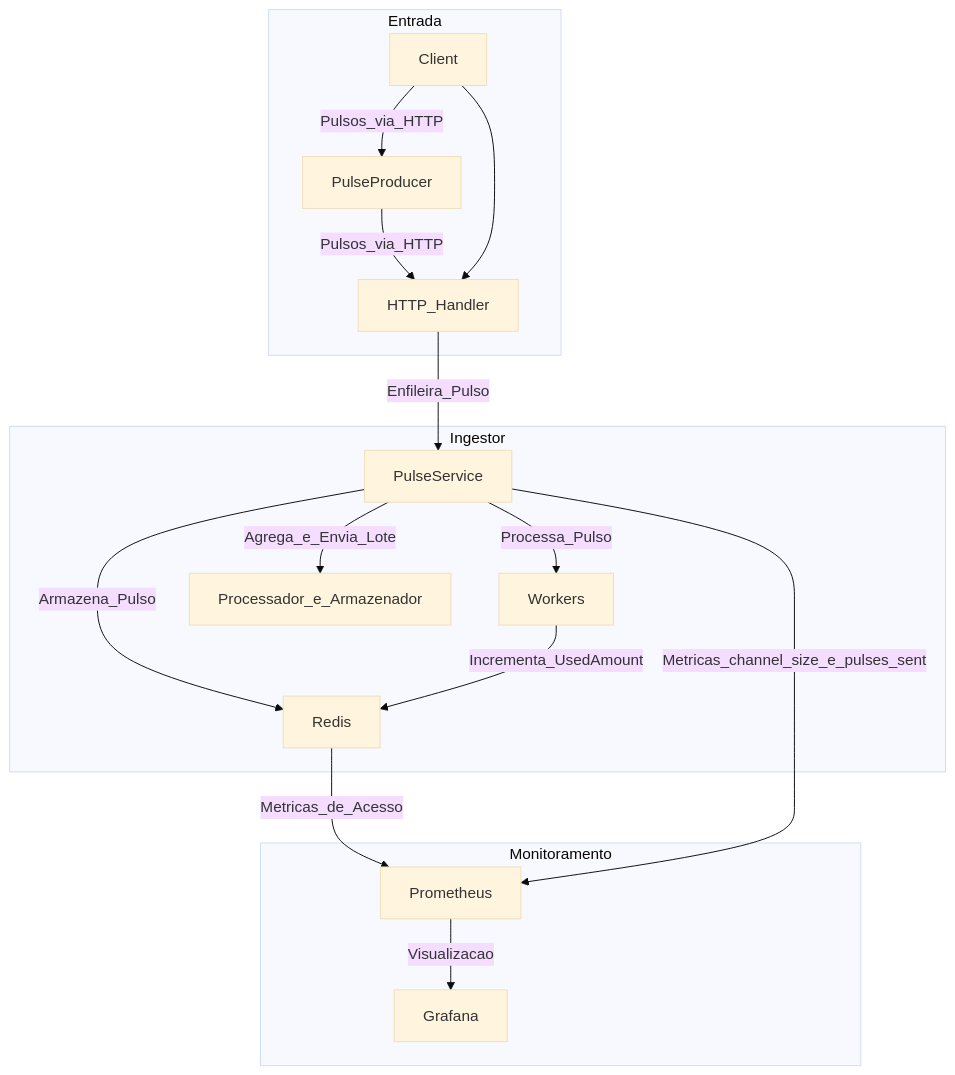
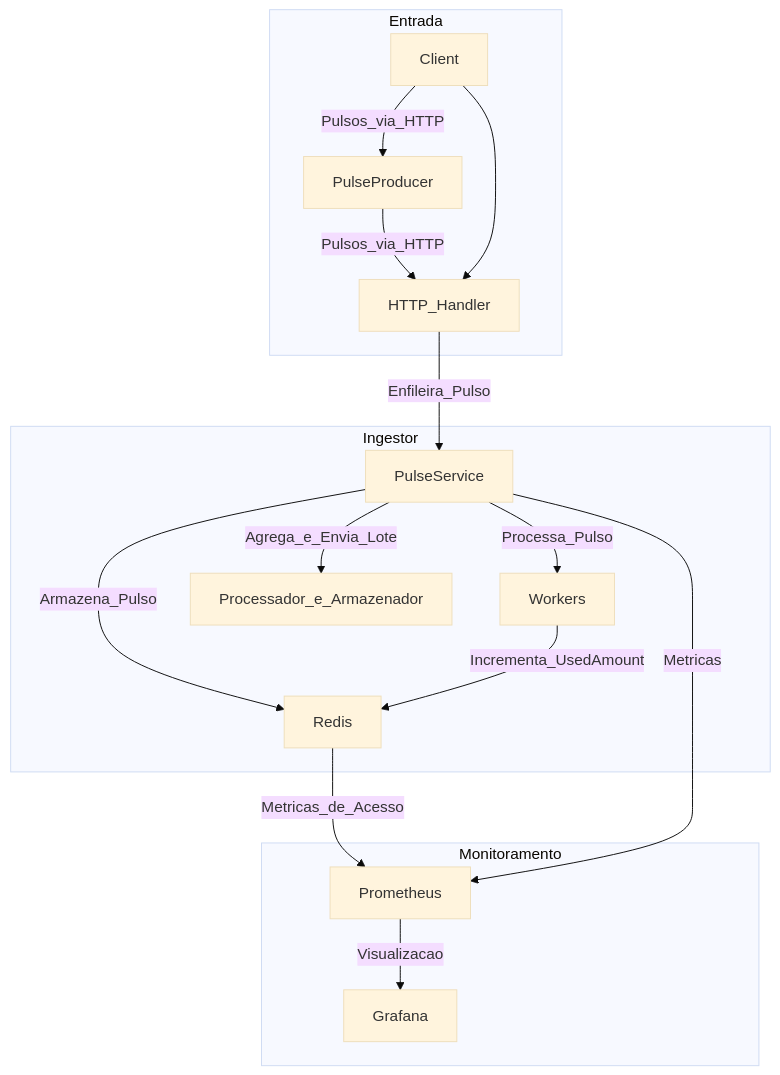
One commit to ThalysSilva/ingestor-consumo changed the second of 4 diagrams in README.md. Above: the diagram before and after it, drawn with Mermaid (base theme).

Commit message:
fix: corrigindo diagrama de fluxo

````diff
--- a/README.md
+++ b/README.md
@@ -269,23 +269,23 @@
 ```mermaid
 flowchart TD
     subgraph Entrada
         A[Client] -->|Pulsos_via_HTTP| B[PulseProducer]
         B -->|Pulsos_via_HTTP| C[HTTP_Handler]
     end
 
     subgraph Ingestor
         C -->|Enfileira_Pulso| D[PulseService]
         D -->|Armazena_Pulso| E[Redis]
         D -->|Processa_Pulso| F[Workers]
         F -->|Incrementa_UsedAmount| E
         D -->|Agrega_e_Envia_Lote| G[Processador_e_Armazenador]
     end
 
     subgraph Monitoramento
         E -->|Metricas_de_Acesso| H[Prometheus]
-        D -->|Metricas_channel_size_e_pulses_sent| H
+        D -->|Metricas| H
         H -->|Visualizacao| I[Grafana]
     end
 
     A --> C
 ```
````
